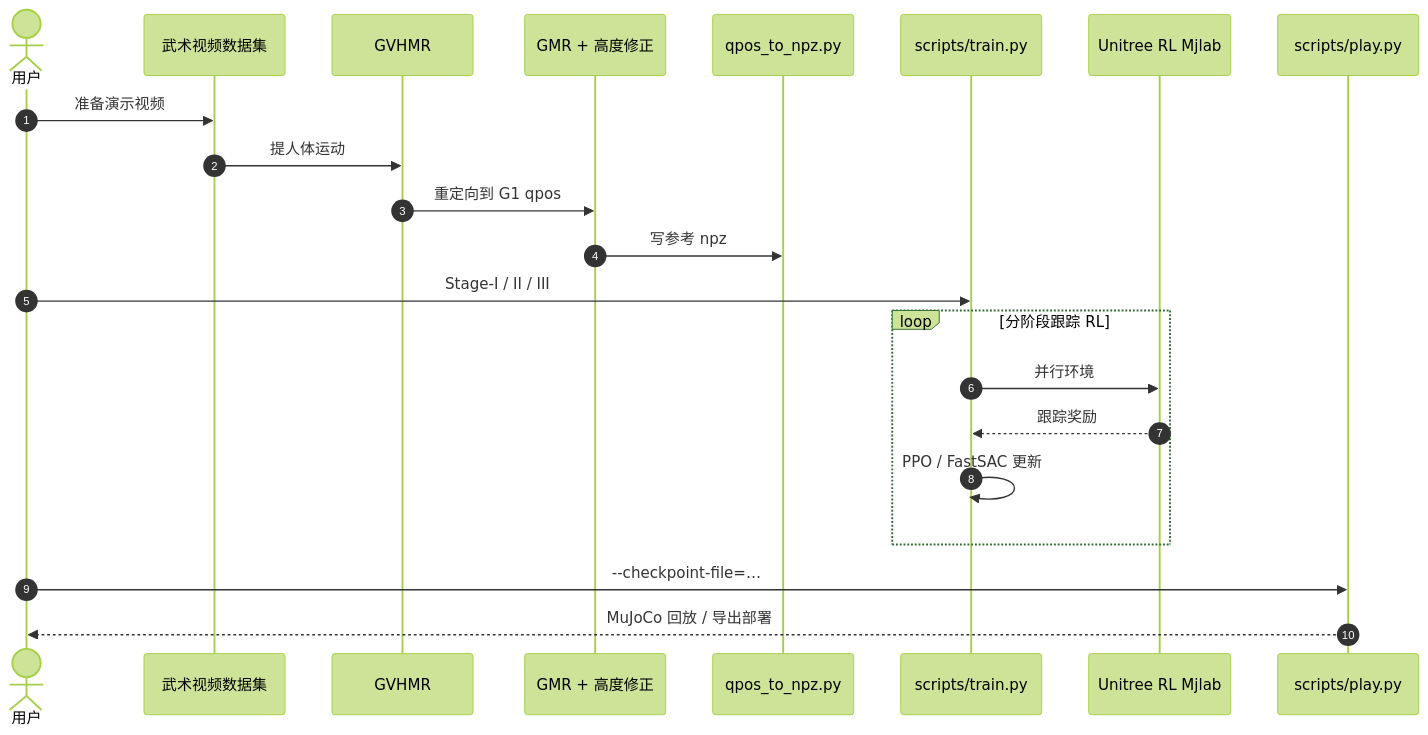
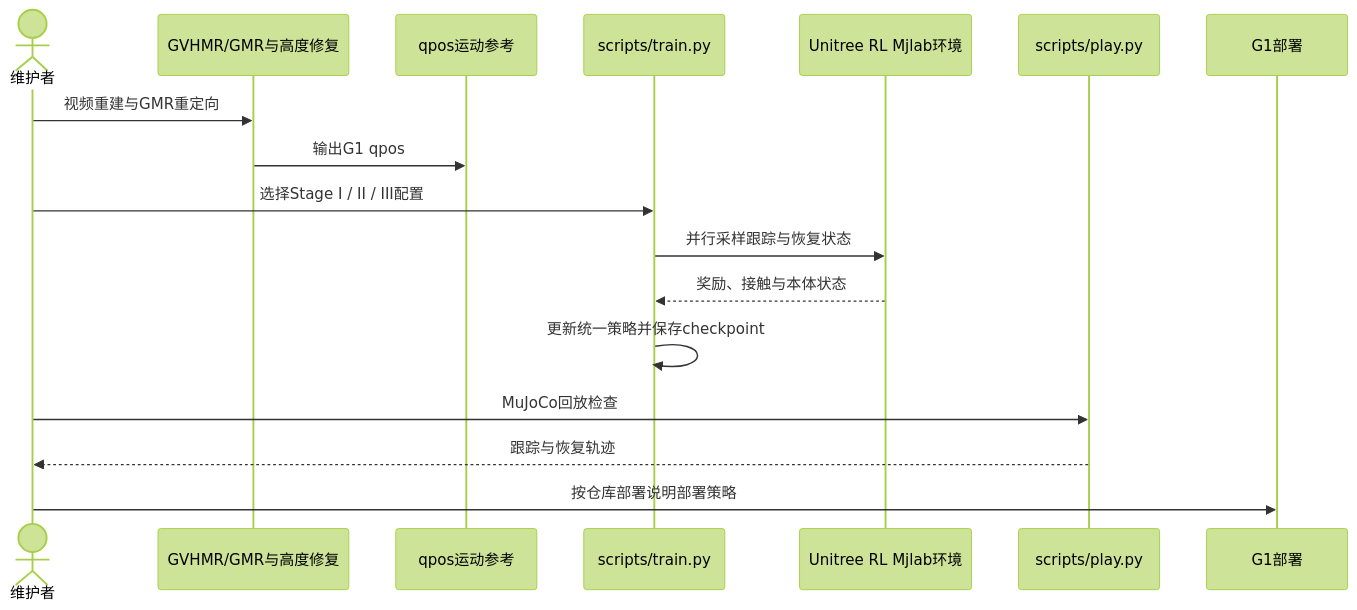
The second of 2 diagrams in wiki/entities/paper-kungfuathlete-humanoid-martial-arts-tracking.md (ImChong/Robotics_Notebooks), drawn with Mermaid (forest theme) before and after one commit. The commit also changed other lines of this file and 5 other files, not shown here.

````diff
--- a/wiki/entities/paper-kungfuathlete-humanoid-martial-arts-tracking.md
+++ b/wiki/entities/paper-kungfuathlete-humanoid-martial-arts-tracking.md
@@ -146,24 +68,19 @@
 ```mermaid
 sequenceDiagram
-    autonumber
-    actor U as 用户
-    participant VID as 武术视频数据集
-    participant HMR as GVHMR
-    participant RET as GMR + 高度修正
-    participant NPZ as qpos_to_npz.py
-    participant TR as scripts/train.py
-    participant MJ as Unitree RL Mjlab
-    participant PL as scripts/play.py
-    U->>VID: 准备演示视频
-    VID->>HMR: 提人体运动
-    HMR->>RET: 重定向到 G1 qpos
-    RET->>NPZ: 写参考 npz
-    U->>TR: Stage-I / II / III
-    loop 分阶段跟踪 RL
-        TR->>MJ: 并行环境
-        MJ-->>TR: 跟踪奖励
-        TR->>TR: PPO / FastSAC 更新
-    end
-    U->>PL: --checkpoint-file=…
-    PL-->>U: MuJoCo 回放 / 导出部署
+  actor U as 维护者
+  participant D as GVHMR/GMR与高度修复
+  participant Q as qpos运动参考
+  participant T as scripts/train.py
+  participant E as Unitree RL Mjlab环境
+  participant P as scripts/play.py
+  participant G as G1部署
+  U->>D: 视频重建与GMR重定向
+  D->>Q: 输出G1 qpos
+  U->>T: 选择Stage I / II / III配置
+  T->>E: 并行采样跟踪与恢复状态
+  E-->>T: 奖励、接触与本体状态
+  T->>T: 更新统一策略并保存checkpoint
+  U->>P: MuJoCo回放检查
+  P-->>U: 跟踪与恢复轨迹
+  U->>G: 按仓库部署说明部署策略
 ```
````
